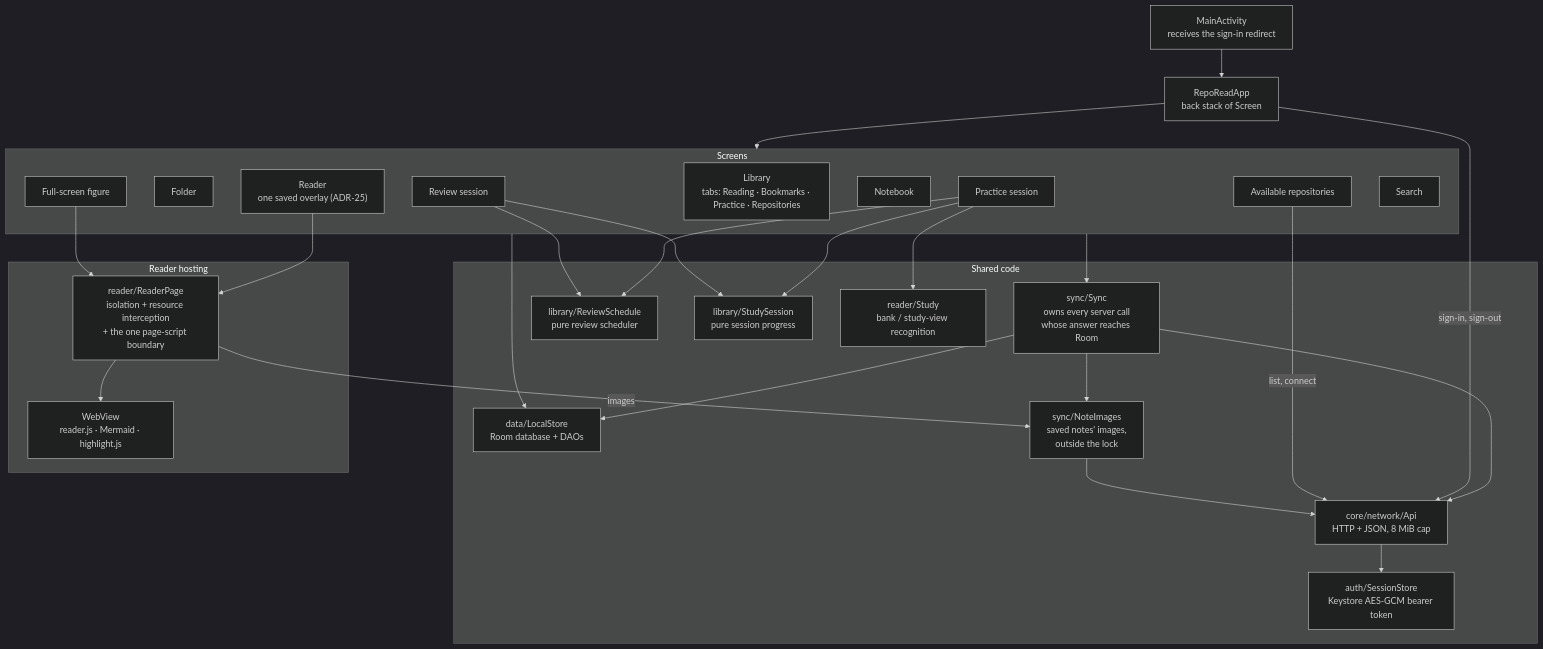
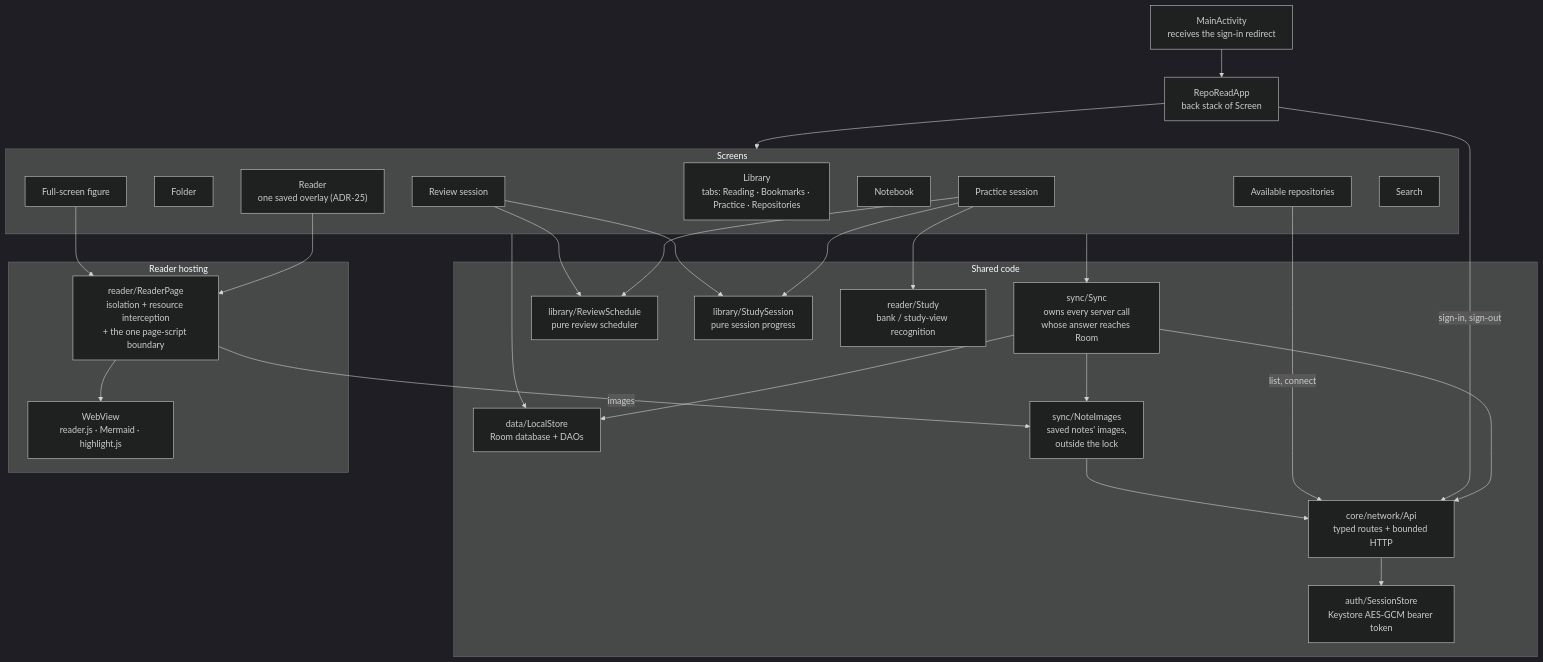
The fifth of 12 diagrams in docs/architecture.md (jaxwong/reporead), drawn with Mermaid (dark theme) before and after one commit. The commit also changed other lines of this file and 8 other files, not shown here.

````diff
--- a/docs/architecture.md
+++ b/docs/architecture.md
@@ -270,54 +270,54 @@
 ```mermaid
 flowchart TB
     Main["MainActivity<br/>receives the sign-in redirect"]
     App["RepoReadApp<br/>back stack of Screen"]
     Main --> App
 
     subgraph Screens["Screens"]
         Library["Library<br/>tabs: Reading · Bookmarks · Practice · Repositories"]
         Folder["Folder"]
         Available["Available repositories"]
         Reader["Reader<br/>one saved overlay (ADR-25)"]
         Figure["Full-screen figure"]
         Notebook["Notebook"]
         Practice["Practice session"]
         Review["Review session"]
         Search["Search"]
     end
     App --> Screens
 
     subgraph Core["Shared code"]
         Sync["sync/Sync<br/>owns every server call<br/>whose answer reaches Room"]
         Store["data/LocalStore<br/>Room database + DAOs"]
-        Api["core/network/Api<br/>HTTP + JSON, 8 MiB cap"]
+        Api["core/network/Api<br/>typed routes + bounded HTTP"]
         Images["sync/NoteImages<br/>saved notes' images,<br/>outside the lock"]
         Session["auth/SessionStore<br/>Keystore AES-GCM bearer token"]
         Sched["library/ReviewSchedule<br/>pure review scheduler"]
         StudyS["library/StudySession<br/>pure session progress"]
         StudyK["reader/Study<br/>bank / study-view recognition"]
     end
 
     subgraph ReaderHost["Reader hosting"]
         Page["reader/ReaderPage<br/>isolation + resource interception<br/>+ the one page-script boundary"]
         WebV["WebView<br/>reader.js · Mermaid · highlight.js"]
         Page --> WebV
     end
 
     Screens --> Sync
     Screens --> Store
     Practice --> StudyK
     Practice --> Sched
     Review --> Sched
     Practice --> StudyS
     Review --> StudyS
     Reader --> Page
     Figure --> Page
     Sync --> Api
     App -- "sign-in, sign-out" --> Api
     Available -- "list, connect" --> Api
     Sync --> Store
     Api --> Session
     Page -- "images" --> Images
     Sync --> Images
     Images --> Api
 ```
````
